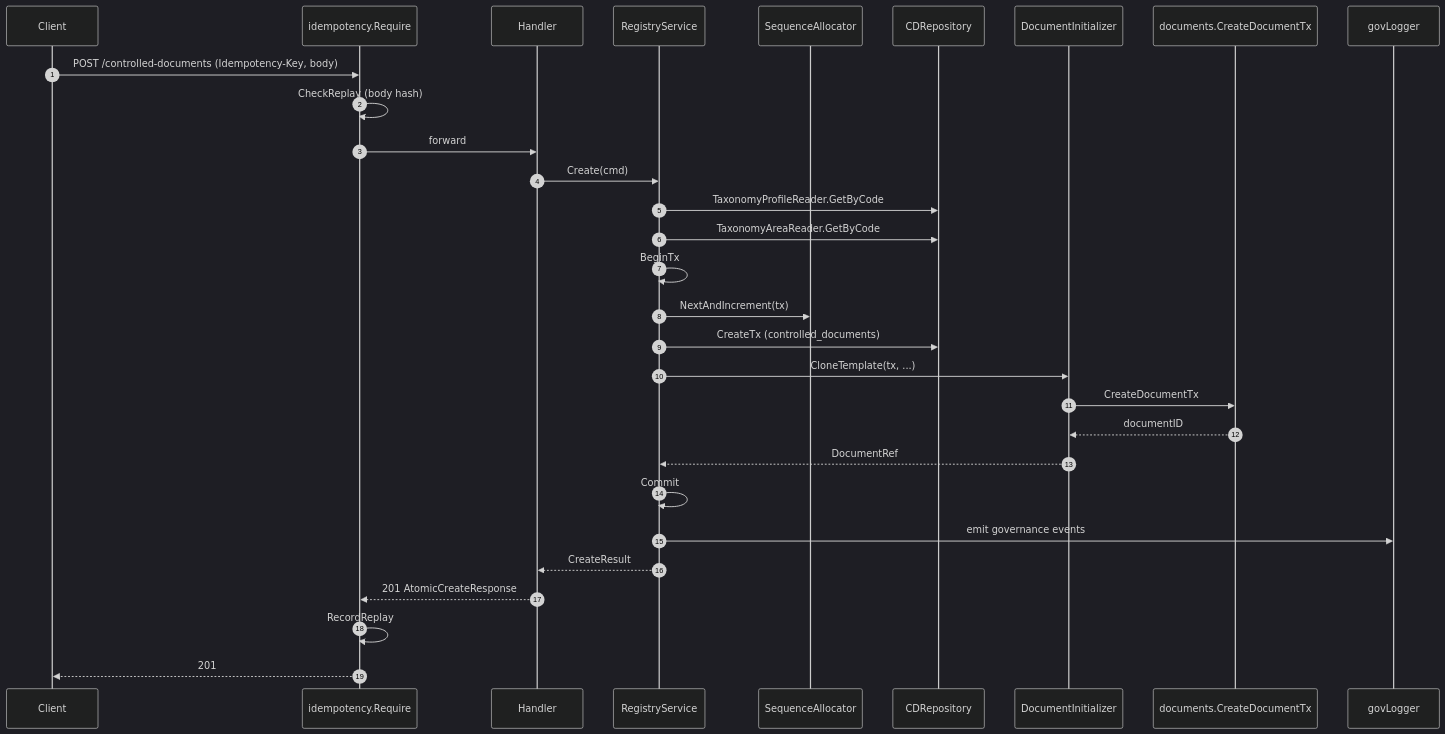
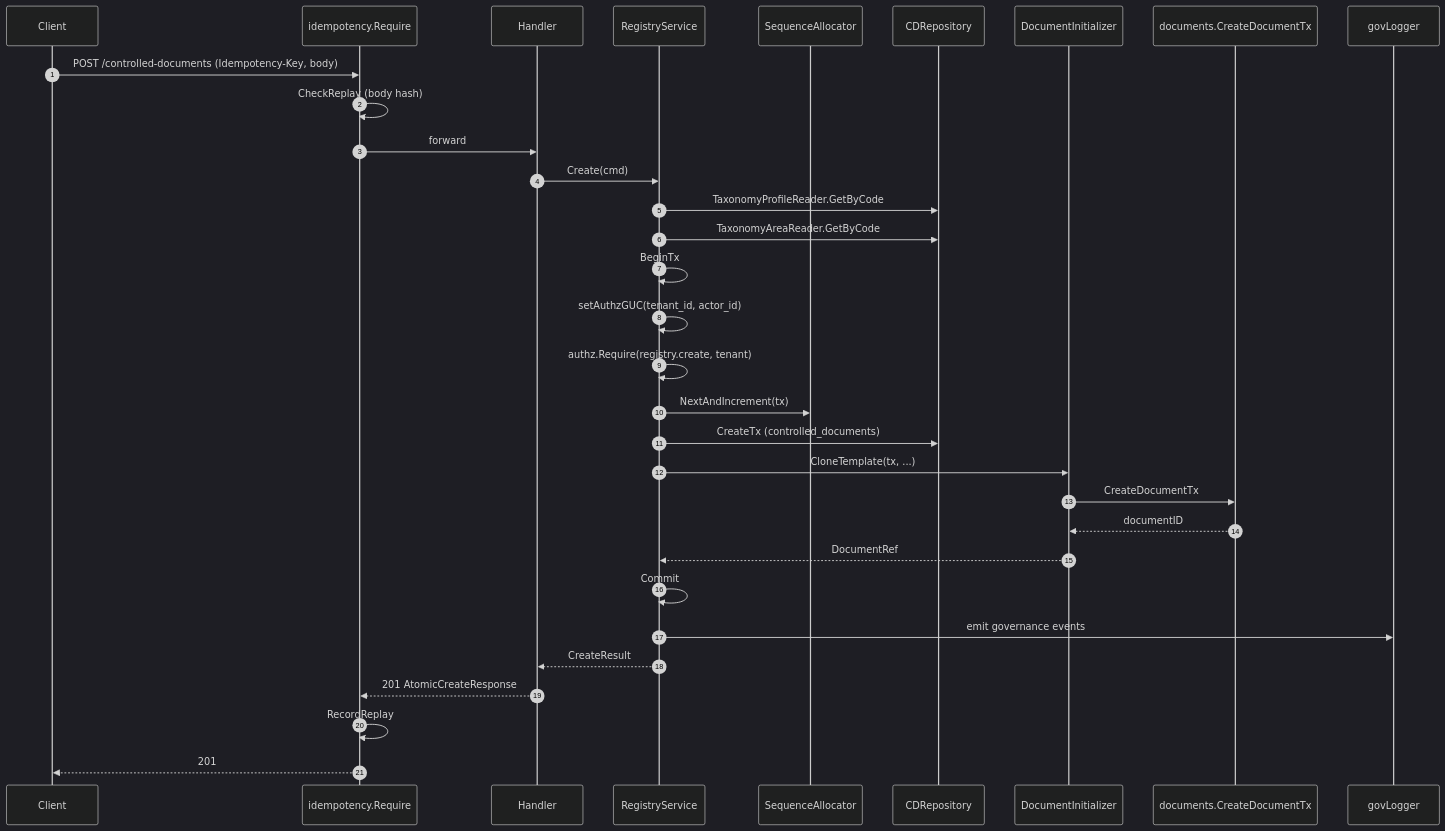
Before and after one commit to developmentconexus-ops/MetalDocs: the third of 5 diagrams in wiki/modules/registry.md, drawn with Mermaid (dark theme). The commit also changed other lines of this file and 50 other files, not shown here.

````diff
--- a/wiki/modules/registry.md
+++ b/wiki/modules/registry.md
@@ -200,32 +200,34 @@
 ```mermaid
 sequenceDiagram
     autonumber
     participant C as Client
     participant Idem as idempotency.Require
     participant H as Handler
     participant S as RegistryService
     participant Seq as SequenceAllocator
     participant Repo as CDRepository
     participant Init as DocumentInitializer
     participant DocRepo as documents.CreateDocumentTx
     participant Log as govLogger
     C->>Idem: POST /controlled-documents (Idempotency-Key, body)
     Idem->>Idem: CheckReplay (body hash)
     Idem->>H: forward
     H->>S: Create(cmd)
     S->>Repo: TaxonomyProfileReader.GetByCode
     S->>Repo: TaxonomyAreaReader.GetByCode
     S->>S: BeginTx
+    S->>S: setAuthzGUC(tenant_id, actor_id)
+    S->>S: authz.Require(registry.create, tenant)
     S->>Seq: NextAndIncrement(tx)
     S->>Repo: CreateTx (controlled_documents)
     S->>Init: CloneTemplate(tx, ...)
     Init->>DocRepo: CreateDocumentTx
     DocRepo-->>Init: documentID
     Init-->>S: DocumentRef
     S->>S: Commit
     S->>Log: emit governance events
     S-->>H: CreateResult
     H-->>Idem: 201 AtomicCreateResponse
     Idem->>Idem: RecordReplay
     Idem-->>C: 201
 ```
````
